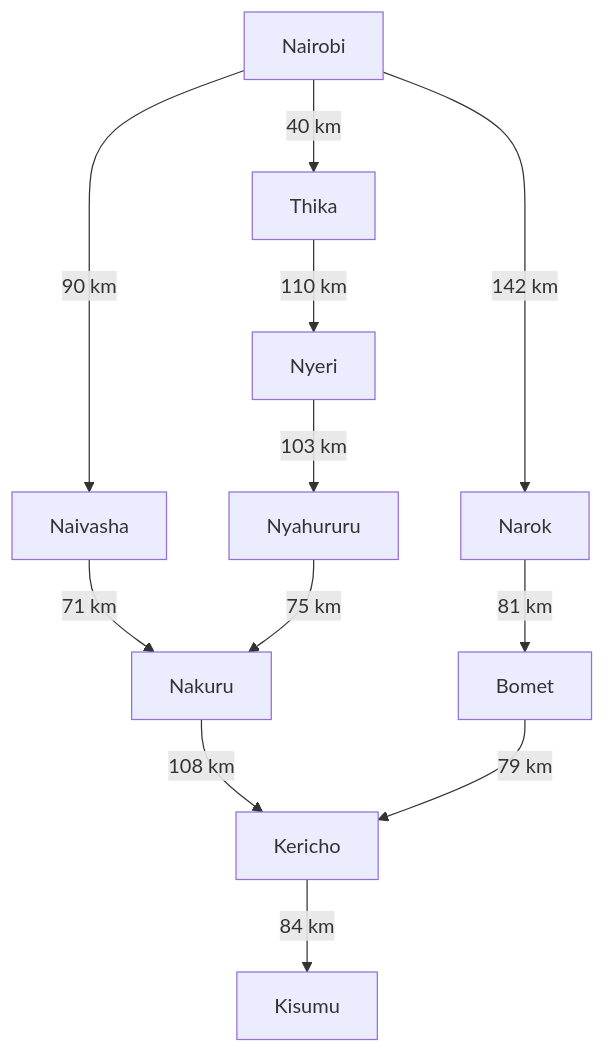
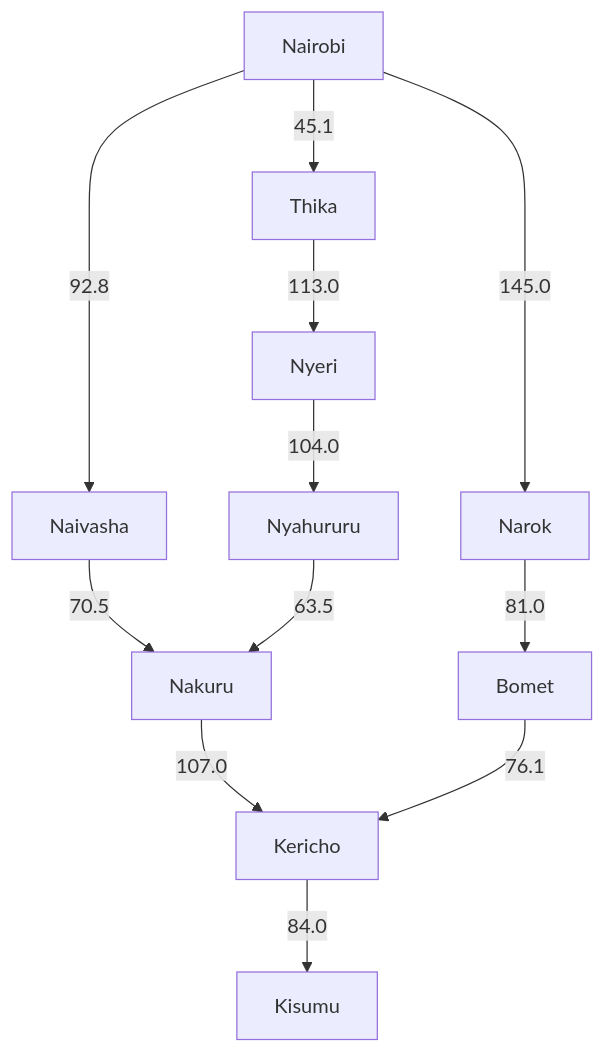
Before and after one commit to Galucci4/PS-Agents: the first of 2 diagrams in design.md, drawn with Mermaid. The commit also changed other lines of this file, not shown here.

````diff
--- a/design.md
+++ b/design.md
@@ -74,14 +59,14 @@
 ```mermaid
 flowchart TD
-    A["Nairobi"] -->|"90 km"| B["Naivasha"]
-    A -->|"142 km"| C["Narok"]
-    A -->|"40 km"| D["Thika"]
-    B -->|"71 km"| E["Nakuru"]
-    C -->|"81 km"| F["Bomet"]
-    D -->|"110 km"| G["Nyeri"]
-    G -->|"103 km"| H["Nyahururu"]
-    H -->|"75 km"| E
-    E -->|"108 km"| I["Kericho"]
-    F -->|"79 km"| I
-    I -->|"84 km"| J["Kisumu"]
+    A[Nairobi] -->|92.8| B[Naivasha]
+    A -->|145.0| C[Narok]
+    A -->|45.1| D[Thika]
+    B -->|70.5| E[Nakuru]
+    C -->|81.0| F[Bomet]
+    D -->|113.0| G[Nyeri]
+    G -->|104.0| H[Nyahururu]
+    H -->|63.5| E
+    E -->|107.0| I[Kericho]
+    F -->|76.1| I
+    I -->|84.0| J[Kisumu]
 ```
````
